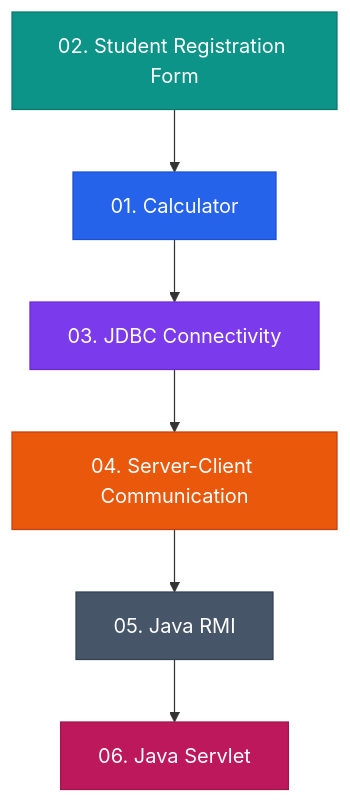
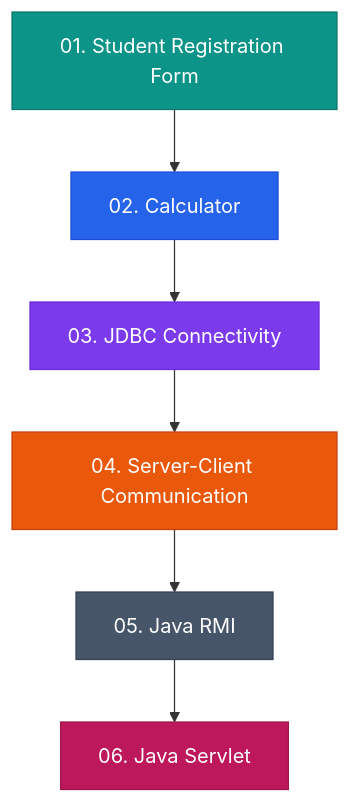
Before and after one commit to khushiag07/Java_Project: the first of 7 diagrams in README.md, drawn with Mermaid.

````diff
--- a/README.md
+++ b/README.md
@@ -36,15 +36,15 @@
 ```mermaid
 flowchart TD
-    B["02. Student Registration Form"] --> A["01. Calculator"]
+    B["01. Student Registration Form"] --> A["02. Calculator"]
     A --> C["03. JDBC Connectivity"]
     C --> D["04. Server-Client Communication"]
     D --> E["05. Java RMI"]
     E --> F["06. Java Servlet"]
 
     style A fill:#2563eb,color:#fff,stroke:#1d4ed8
     style B fill:#0d9488,color:#fff,stroke:#0f766e
     style C fill:#7c3aed,color:#fff,stroke:#6d28d9
     style D fill:#ea580c,color:#fff,stroke:#c2410c
     style E fill:#475569,color:#fff,stroke:#334155
     style F fill:#be185d,color:#fff,stroke:#9d174d
 ```
````
